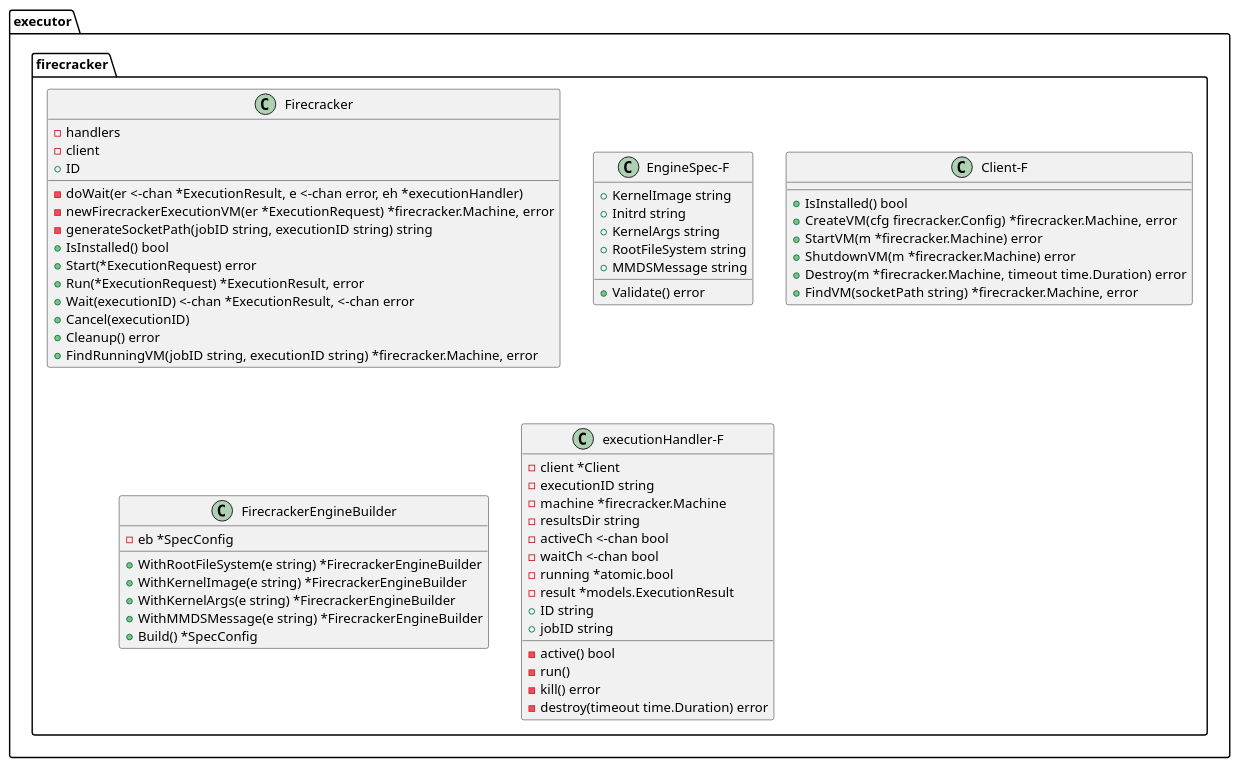
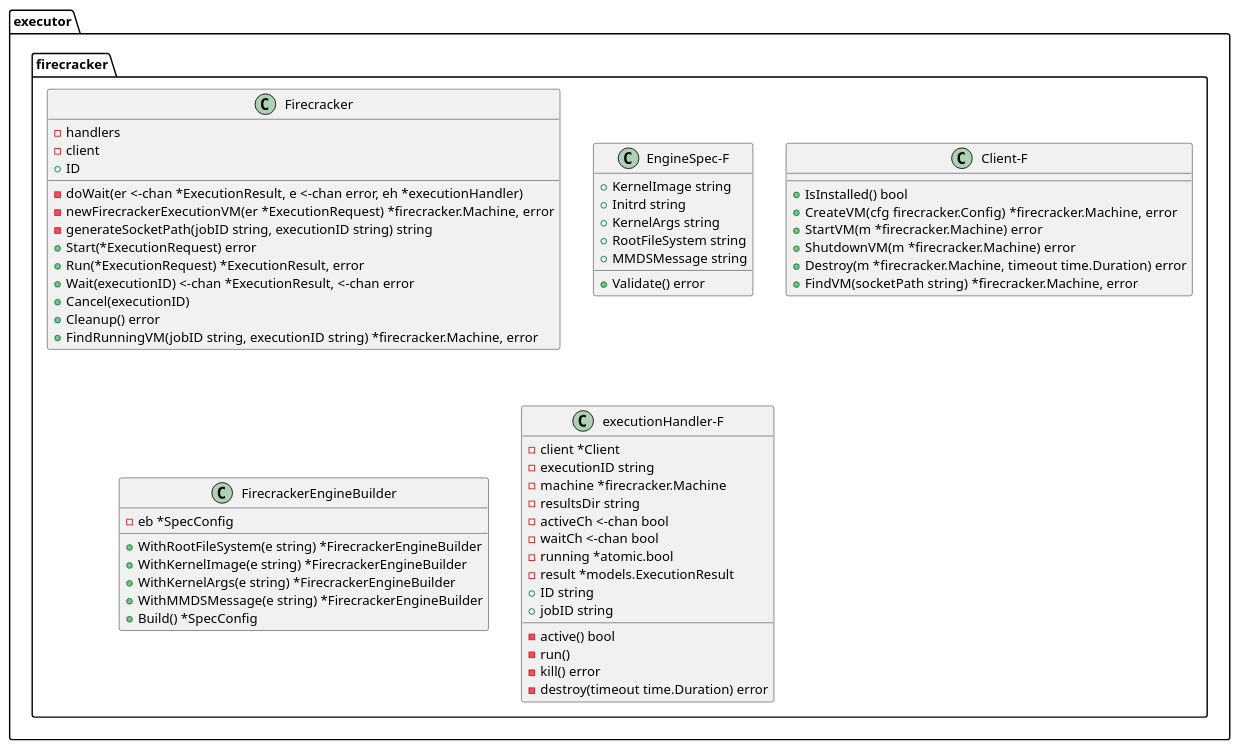
One commit to nunet/device-management-service changed the diagram in executor/firecracker/specs/class_diagram.puml. Above: the diagram before and after it, drawn with PlantUML. The commit also changed 13 other files, not shown here.

```diff
--- a/executor/firecracker/specs/class_diagram.puml
+++ b/executor/firecracker/specs/class_diagram.puml
@@ -1,61 +1,60 @@
 ' START DIAGRAM
     class executor.firecracker.Firecracker {
         -handlers
         -client
         +ID
         -doWait(er <-chan *ExecutionResult, e <-chan error, eh *executionHandler)
         -newFirecrackerExecutionVM(er *ExecutionRequest) *firecracker.Machine, error
         -generateSocketPath(jobID string, executionID string) string
-        +IsInstalled() bool
         +Start(*ExecutionRequest) error
         +Run(*ExecutionRequest) *ExecutionResult, error
         +Wait(executionID) <-chan *ExecutionResult, <-chan error
         +Cancel(executionID)
         +Cleanup() error
         +FindRunningVM(jobID string, executionID string) *firecracker.Machine, error
     }
 
     class  executor.firecracker.EngineSpec-F {
         +KernelImage string
         +Initrd string
         +KernelArgs string
         +RootFileSystem string
         +MMDSMessage string
         +Validate() error
     }
 
     class executor.firecracker.Client-F {
         +IsInstalled() bool
         +CreateVM(cfg firecracker.Config) *firecracker.Machine, error
         +StartVM(m *firecracker.Machine) error
         +ShutdownVM(m *firecracker.Machine) error
         +Destroy(m *firecracker.Machine, timeout time.Duration) error
         +FindVM(socketPath string) *firecracker.Machine, error
     }
 
     class executor.firecracker.FirecrackerEngineBuilder {
         -eb *SpecConfig
         +WithRootFileSystem(e string) *FirecrackerEngineBuilder
         +WithKernelImage(e string) *FirecrackerEngineBuilder
         +WithKernelArgs(e string) *FirecrackerEngineBuilder
         +WithMMDSMessage(e string) *FirecrackerEngineBuilder
         +Build() *SpecConfig
     }
 
     class executor.firecracker.executionHandler-F {
         -client *Client
         -executionID string
         -machine *firecracker.Machine
         -resultsDir string
         -activeCh <-chan bool
         -waitCh <-chan bool
         -running *atomic.bool
         -result *models.ExecutionResult
         +ID string
         +jobID string
         -active() bool
         -run()
         -kill() error
         -destroy(timeout time.Duration) error
     }
 ' END DIAGRAM
```
